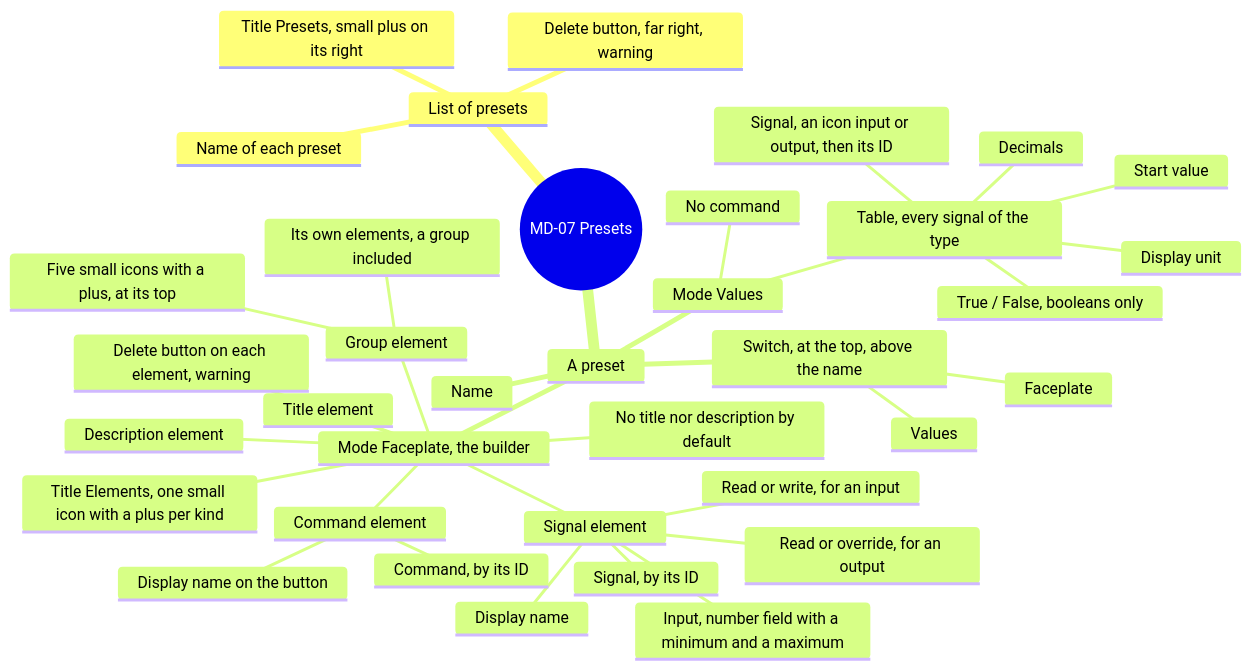
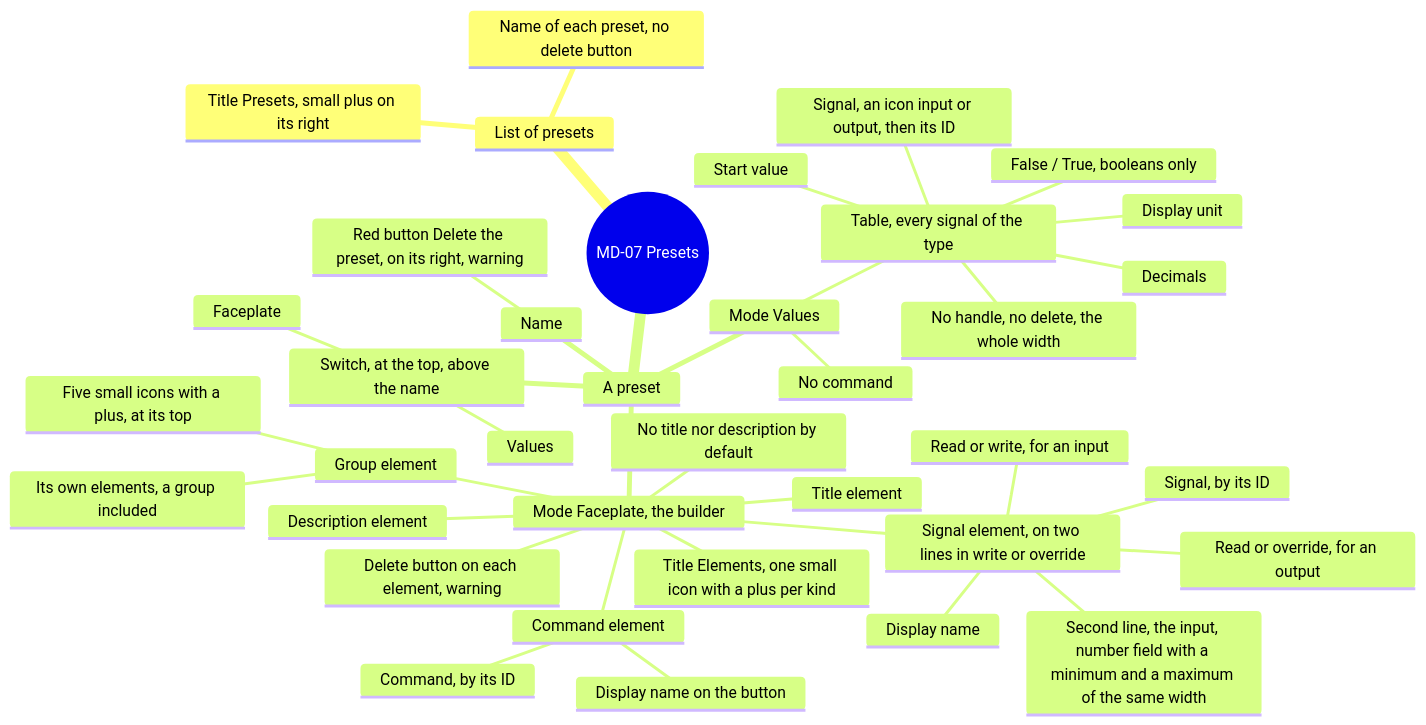
One commit to AlexandreGallais/synoptic-studio-spec changed diagram 12 of 16 in screens/metadata.md. Above: the diagram before and after it, drawn with Mermaid. The commit also changed other lines of this file and 5 other files, not shown here.

````diff
--- a/screens/metadata.md
+++ b/screens/metadata.md
@@ -361,39 +361,40 @@
 ```mermaid
 mindmap
   root((MD-07 Presets))
     List of presets
       Title Presets, small plus on its right
-      Name of each preset
-      Delete button, far right, warning
+      Name of each preset, no delete button
     A preset
       Switch, at the top, above the name
         Values
         Faceplate
       Name
+        Red button Delete the preset, on its right, warning
       Mode Values
         Table, every signal of the type
+          No handle, no delete, the whole width
           Signal, an icon input or output, then its ID
           Display unit
           Decimals
-          True / False, booleans only
+          False / True, booleans only
           Start value
         No command
       Mode Faceplate, the builder
         No title nor description by default
         Title Elements, one small icon with a plus per kind
-        Signal element
+        Signal element, on two lines in write or override
           Signal, by its ID
           Display name
-          Input, number field with a minimum and a maximum
           Read or write, for an input
           Read or override, for an output
+          Second line, the input, number field with a minimum and a maximum of the same width
         Command element
           Command, by its ID
           Display name on the button
         Title element
         Description element
         Group element
           Five small icons with a plus, at its top
           Its own elements, a group included
         Delete button on each element, warning
 ```
````
